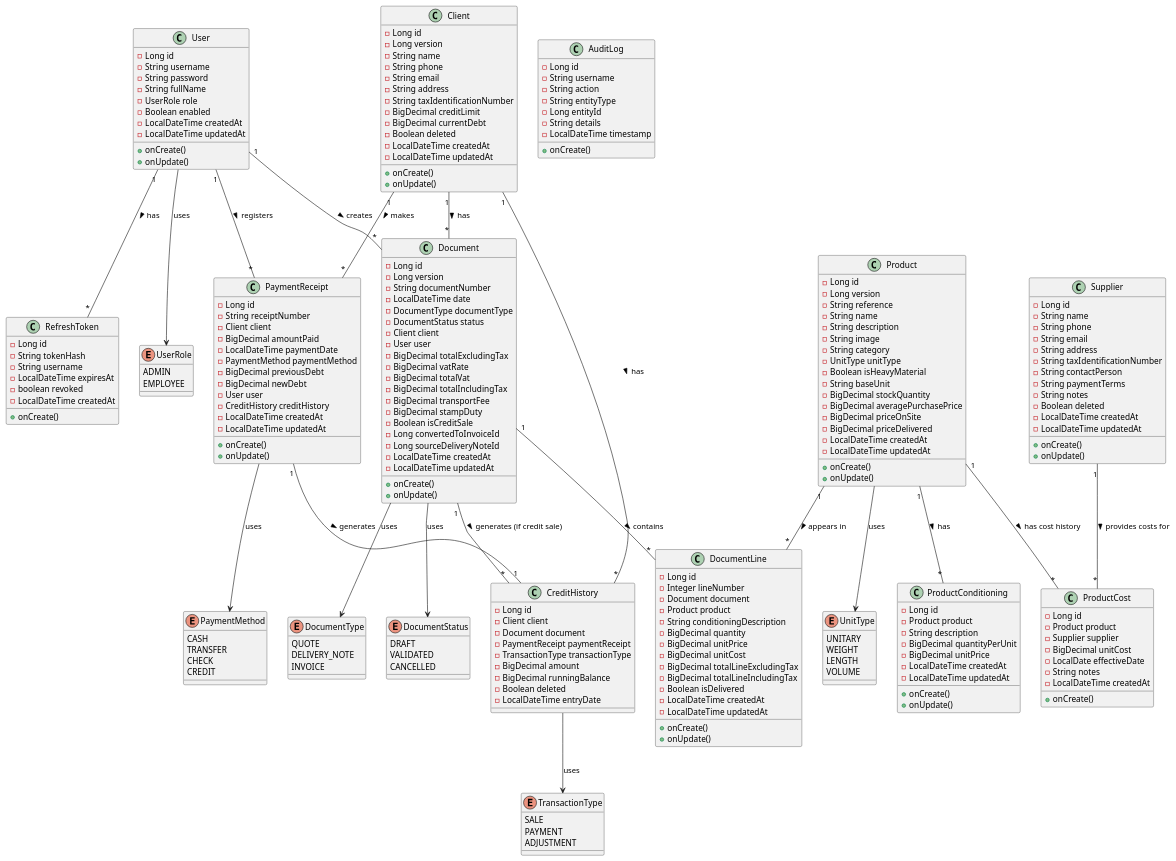
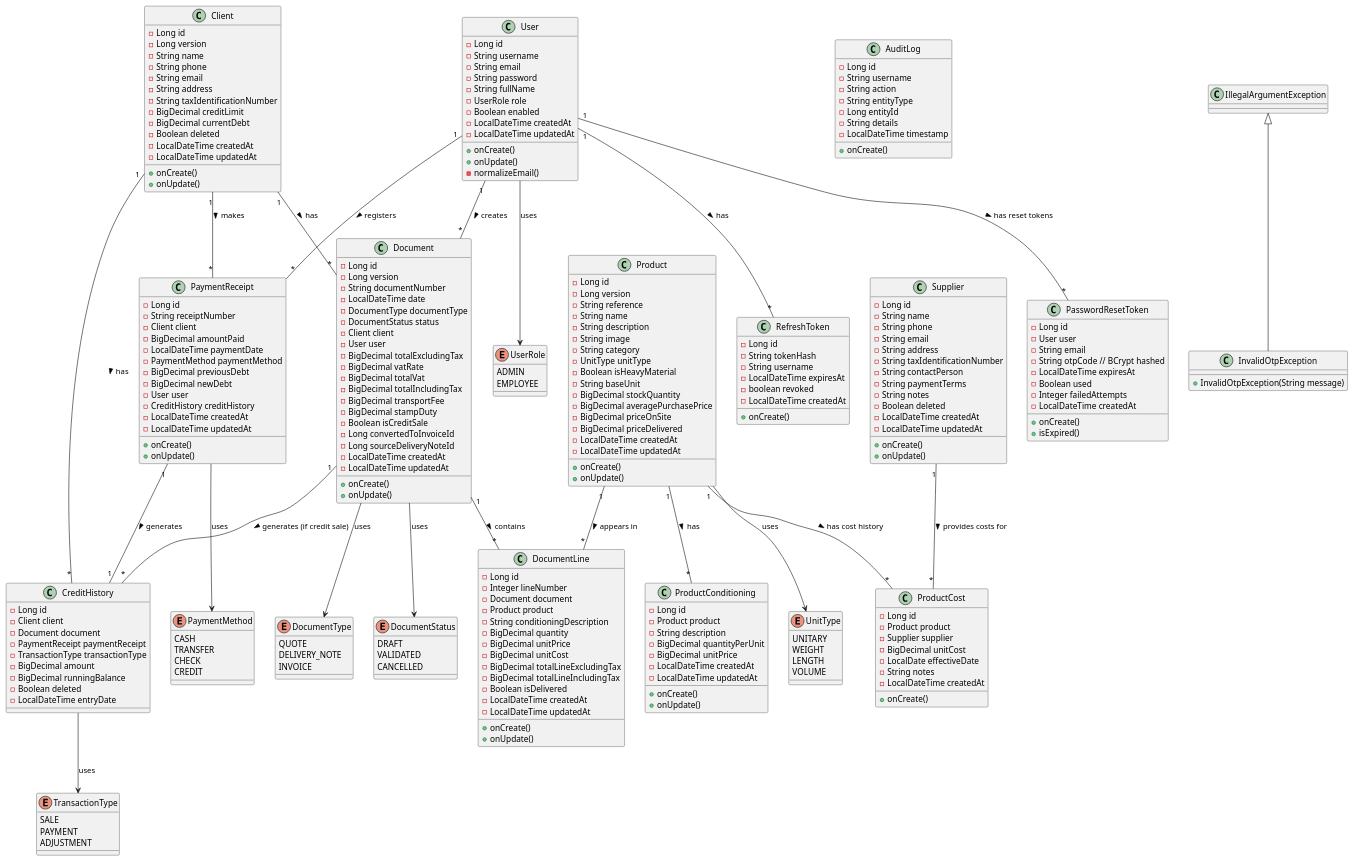
Before and after one commit to mAmineChniti/hardware_store: the diagram in docs/uml/class-diagram.puml, drawn with PlantUML. The commit also changed 39 other files, not shown here.

Commit message:
added reset password and added email to user entity

```diff
--- a/docs/uml/class-diagram.puml
+++ b/docs/uml/class-diagram.puml
@@ -51,6 +51,7 @@
 class User {
   - Long id
   - String username
+  - String email
   - String password
   - String fullName
   - UserRole role
@@ -59,6 +60,7 @@
   - LocalDateTime updatedAt
   + onCreate()
   + onUpdate()
+  - normalizeEmail()
 }
 
 class Client {
@@ -231,6 +233,23 @@
   + onCreate()
 }
 
+class PasswordResetToken {
+  - Long id
+  - User user
+  - String email
+  - String otpCode // BCrypt hashed
+  - LocalDateTime expiresAt
+  - Boolean used
+  - Integer failedAttempts
+  - LocalDateTime createdAt
+  + onCreate()
+  + isExpired()
+}
+
+class InvalidOtpException extends IllegalArgumentException {
+  + InvalidOtpException(String message)
+}
+
 ' ============================================
 ' RELATIONSHIPS
 ' ============================================
@@ -247,6 +266,7 @@
 User "1" -- "*" Document : creates >
 User "1" -- "*" PaymentReceipt : registers >
 User "1" -- "*" RefreshToken : has >
+User "1" -- "*" PasswordResetToken : has reset tokens >
 
 Client "1" -- "*" Document : has >
 Client "1" -- "*" PaymentReceipt : makes >
```
